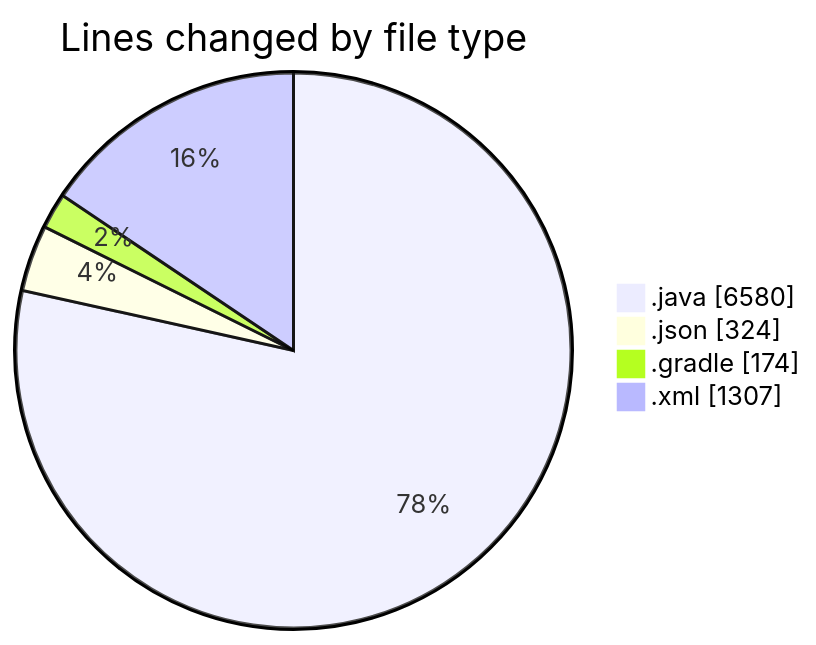
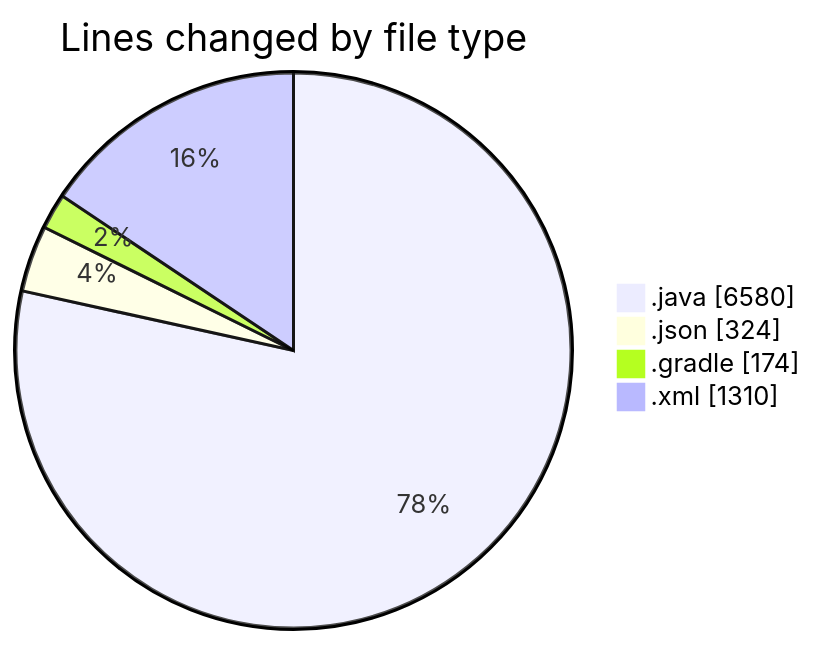
Before and after one commit to charlie-sans/code-tracking: the first of 2 diagrams in 2025-02-22/micros/README.md, drawn with Mermaid. The commit also changed other lines of this file and 1 other file, not shown here.

````diff
--- a/2025-02-22/micros/README.md
+++ b/2025-02-22/micros/README.md
@@ -67,8 +67,8 @@
 ```mermaid
 pie showData
 title Lines changed by file type
 ".java" : 6580
 ".json" : 324
 ".gradle" : 174
-".xml" : 1307
+".xml" : 1310
 ```
````
